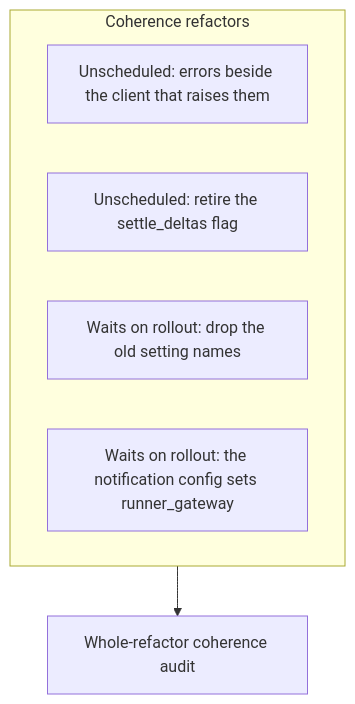
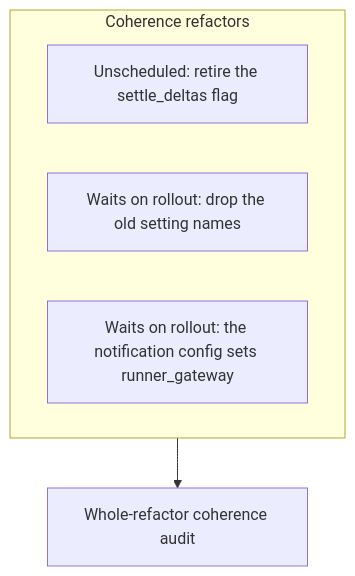
One commit to agentydragon/ducktape changed diagram 14 of 14 in agentplane/plans/task_dag.md. Above: the diagram before and after it, drawn with Mermaid. The commit also changed other lines of this file and 25 other files, not shown here.

````diff
--- a/agentplane/plans/task_dag.md
+++ b/agentplane/plans/task_dag.md
@@ -904,10 +898,9 @@
 ```mermaid
 flowchart TD
     subgraph COHERENCE_REFACTORS[Coherence refactors]
-        RUNNER_ERRORS_REHOME[Unscheduled: errors beside the client that raises them]
         SETTLE_DELTAS_ALWAYS_ON[Unscheduled: retire the settle_deltas flag]
         SERVICE_SETTING_OLD_NAMES_DROP[Waits on rollout: drop the old setting names]
         NOTIFICATION_GATEWAY_SETTINGS[Waits on rollout: the notification config sets runner_gateway]
     end
     COHERENCE_REFACTORS --> REFACTOR_COHERENCE_AUDIT[Whole-refactor coherence audit]
 ```
````
